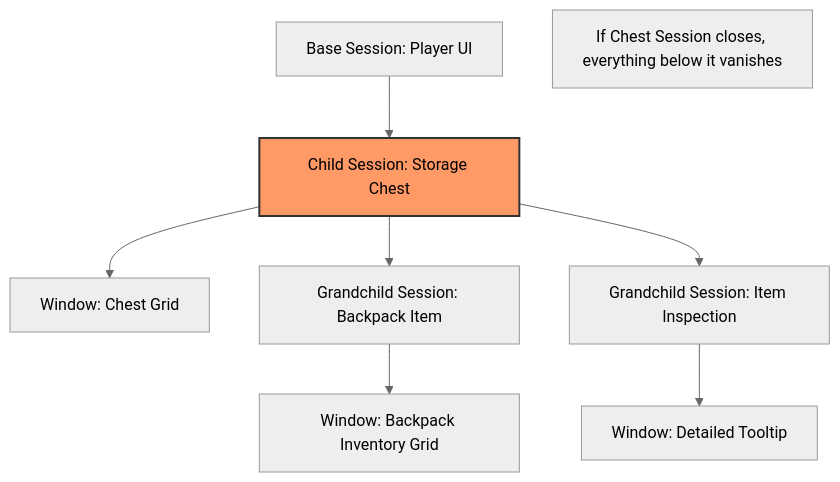
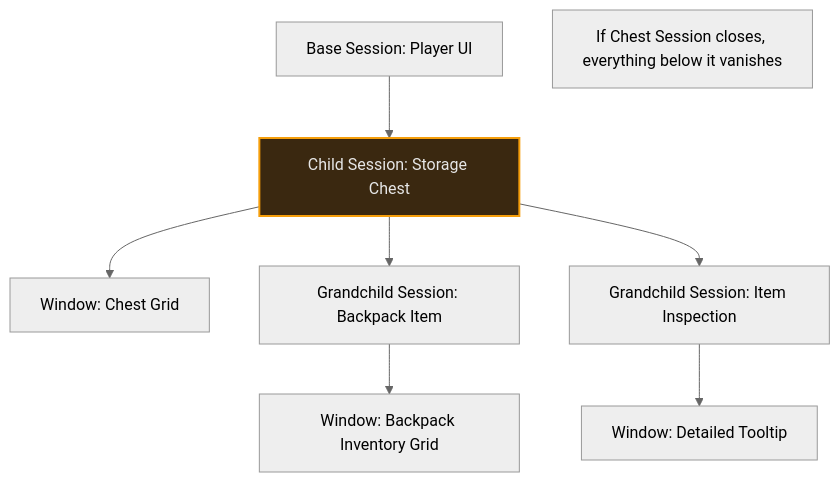
Before and after one commit to outliyr/outliyr-docs: the diagram in outliyr-framework/docs/base-lyra-modified/ui/item-container-ui-system/item-container-ui-manager/session-management.md, drawn with Mermaid (neutral theme). The commit also changed 11 other files, not shown here.

````diff
--- a/outliyr-framework/docs/base-lyra-modified/ui/item-container-ui-system/item-container-ui-manager/session-management.md
+++ b/outliyr-framework/docs/base-lyra-modified/ui/item-container-ui-system/item-container-ui-manager/session-management.md
@@ -69,12 +69,12 @@
 ```mermaid
 graph TD
     A[Base Session: Player UI] --> B[Child Session: Storage Chest]
     B --> C[Window: Chest Grid]
     B --> D[Grandchild Session: Backpack Item]
     B --> E[Grandchild Session: Item Inspection]
     E --> F[Window: Detailed Tooltip]
     D --> G[Window: Backpack Inventory Grid]
     
-    style B fill:#f96,stroke:#333,stroke-width:2px
+    style B fill:#3a2810,stroke:#f59e0b,stroke-width:2px,color:#e6e6e6
     Note[If Chest Session closes, everything below it vanishes]
 ```
````
